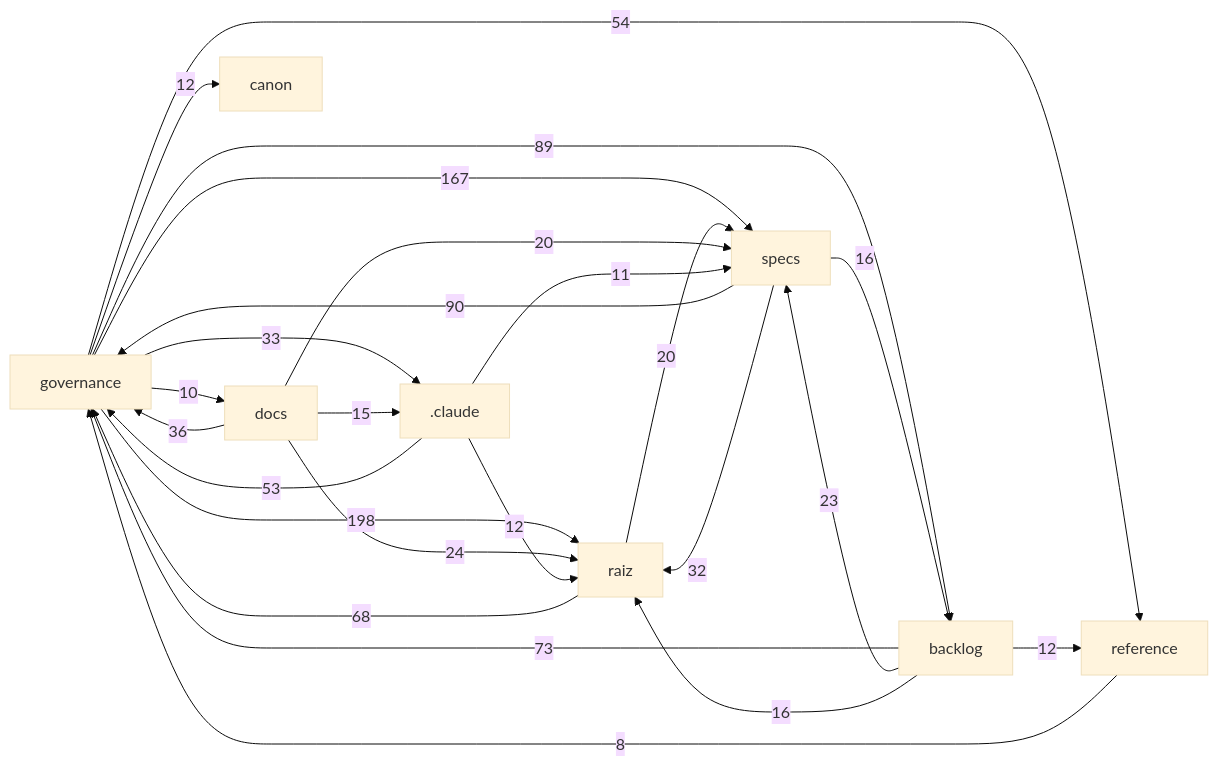
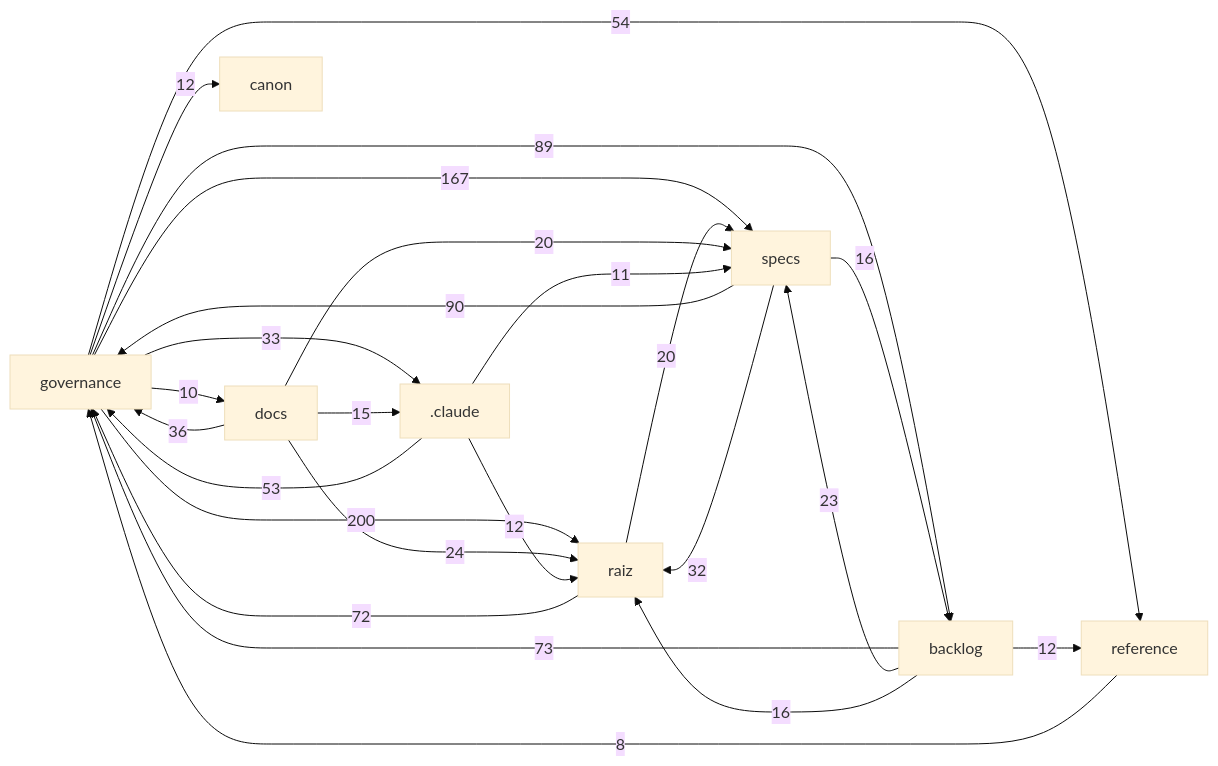
The diagram in docs/mapa/MAPA-PROJETO.md (Andraus35/Sistema-Operacional-de-Trading--SOT), drawn with Mermaid (base theme) before and after one commit. The commit also changed other lines of this file and 3 other files, not shown here.

````diff
--- a/docs/mapa/MAPA-PROJETO.md
+++ b/docs/mapa/MAPA-PROJETO.md
@@ -29,27 +29,27 @@
 ```mermaid
 flowchart LR
-  governance["governance"] -->|198| raiz["raiz"]
+  governance["governance"] -->|200| raiz["raiz"]
   governance["governance"] -->|167| specs["specs"]
   specs["specs"] -->|90| governance["governance"]
   governance["governance"] -->|89| backlog["backlog"]
   backlog["backlog"] -->|73| governance["governance"]
-  raiz["raiz"] -->|68| governance["governance"]
+  raiz["raiz"] -->|72| governance["governance"]
   governance["governance"] -->|54| reference["reference"]
   _claude[".claude"] -->|53| governance["governance"]
   docs["docs"] -->|36| governance["governance"]
   governance["governance"] -->|33| _claude[".claude"]
   specs["specs"] -->|32| raiz["raiz"]
   docs["docs"] -->|24| raiz["raiz"]
   backlog["backlog"] -->|23| specs["specs"]
   raiz["raiz"] -->|20| specs["specs"]
   docs["docs"] -->|20| specs["specs"]
   backlog["backlog"] -->|16| raiz["raiz"]
   specs["specs"] -->|16| backlog["backlog"]
   docs["docs"] -->|15| _claude[".claude"]
   _claude[".claude"] -->|12| raiz["raiz"]
   backlog["backlog"] -->|12| reference["reference"]
   governance["governance"] -->|12| canon["canon"]
   _claude[".claude"] -->|11| specs["specs"]
   governance["governance"] -->|10| docs["docs"]
   reference["reference"] -->|8| governance["governance"]
 ```
````
